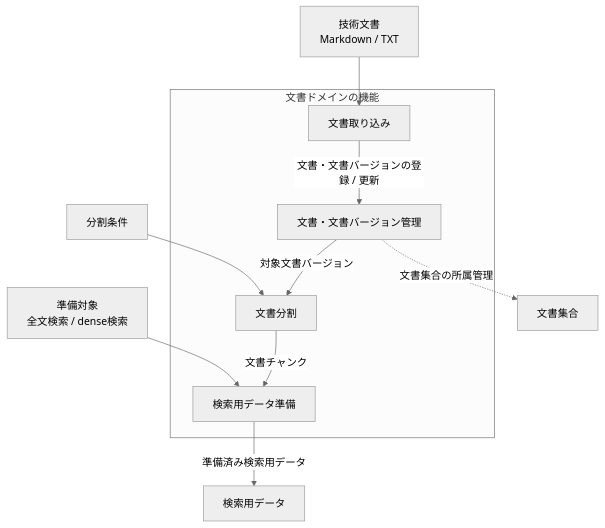
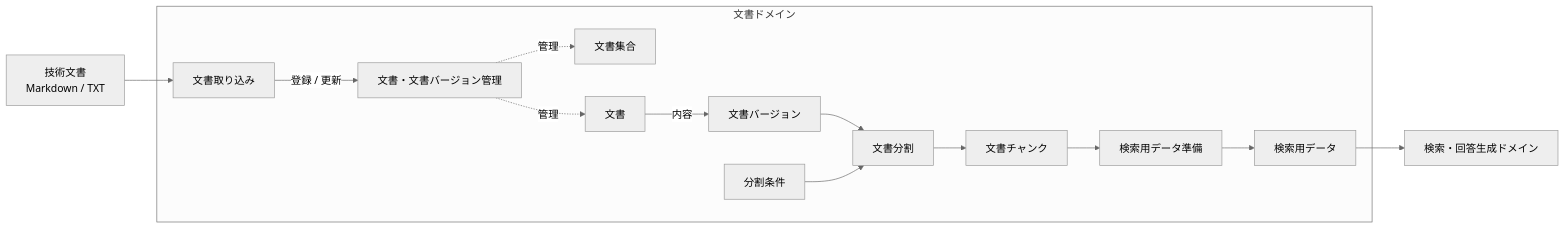
The diagram in project-docs/design/domains/documents/README.md (takashit16833/RAGScope), drawn with Mermaid (neutral theme) before and after one commit. The commit also changed other lines of this file, not shown here.

Commit message:
docs: clarify documents domain overview

````diff
--- a/project-docs/design/domains/documents/README.md
+++ b/project-docs/design/domains/documents/README.md
@@ -9,23 +9,30 @@
 ```mermaid
-flowchart TB
+flowchart LR
     Source["技術文書<br>Markdown / TXT"]
-    SplitCondition["分割条件"]
-    PrepareTarget["準備対象<br>全文検索 / dense検索"]
 
-    subgraph Functions["文書ドメインの機能"]
+    subgraph Documents["文書ドメイン"]
         Ingest["文書取り込み"]
         Manage["文書・文書バージョン管理"]
+        Collection["文書集合"]
+        Document["文書"]
+        Version["文書バージョン"]
+        Condition["分割条件"]
         Split["文書分割"]
+        Chunk["文書チャンク"]
         Prepare["検索用データ準備"]
+        SearchData["検索用データ"]
+
+        Ingest -->|"登録 / 更新"| Manage
+        Manage -.->|"管理"| Collection
+        Manage -.->|"管理"| Document
+        Document -->|"内容"| Version
+        Version --> Split
+        Condition --> Split
+        Split --> Chunk
+        Chunk --> Prepare
+        Prepare --> SearchData
     end
 
     Source --> Ingest
-    Ingest -->|"文書・文書バージョンの登録 / 更新"| Manage
-    Manage -->|"対象文書バージョン"| Split
-    SplitCondition --> Split
-    Split -->|"文書チャンク"| Prepare
-    PrepareTarget --> Prepare
-    Prepare -->|"準備済み検索用データ"| SearchData["検索用データ"]
-
-    Manage -.->|"文書集合の所属管理"| Collection["文書集合"]
+    SearchData --> Retrieval["検索・回答生成ドメイン"]
 ```
````
